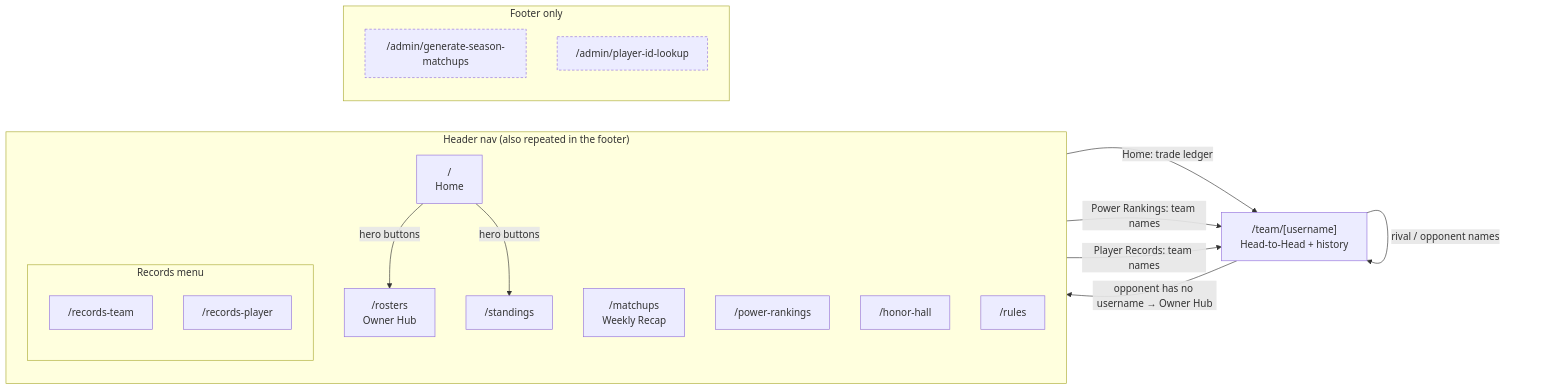
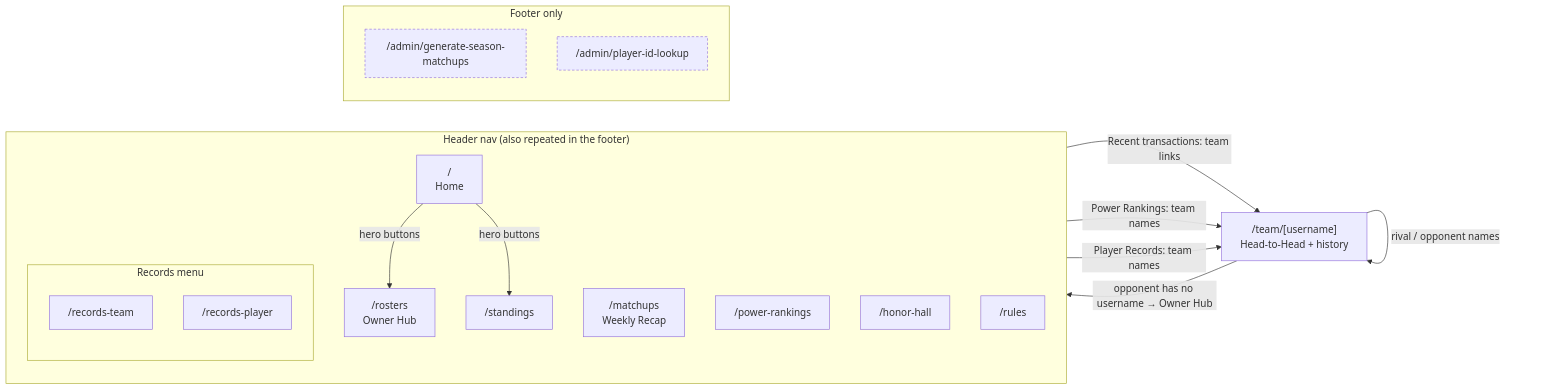
Before and after one commit to itzkybes/bfa-website: the first of 4 diagrams in README.md, drawn with Mermaid. The commit also changed other lines of this file, not shown here.

````diff
--- a/README.md
+++ b/README.md
@@ -33,37 +33,37 @@
 ```mermaid
 flowchart LR
     subgraph nav ["Header nav (also repeated in the footer)"]
         direction TB
         home["/<br/>Home"]
         rosters["/rosters<br/>Owner Hub"]
         matchups["/matchups<br/>Weekly Recap"]
         standings["/standings"]
         power["/power-rankings"]
         subgraph records ["Records menu"]
             direction TB
             rteam["/records-team"]
             rplayer["/records-player"]
         end
         honor["/honor-hall"]
         rules["/rules"]
     end
 
     subgraph footer ["Footer only"]
         direction TB
         gen["/admin/generate-season-matchups"]
         lookup["/admin/player-id-lookup"]
     end
 
     team["/team/[username]<br/>Head-to-Head + history"]
 
     home -- "hero buttons" --> rosters
     home -- "hero buttons" --> standings
-    home -- "Home: trade ledger" --> team
+    home -- "Recent transactions: team links" --> team
     power -- "Power Rankings: team names" --> team
     rplayer -- "Player Records: team names" --> team
     team -- "rival / opponent names" --> team
     team -- "opponent has no username → Owner Hub" --> rosters
 
     classDef admin stroke-dasharray: 4 3
     class gen,lookup admin
 ```
````
